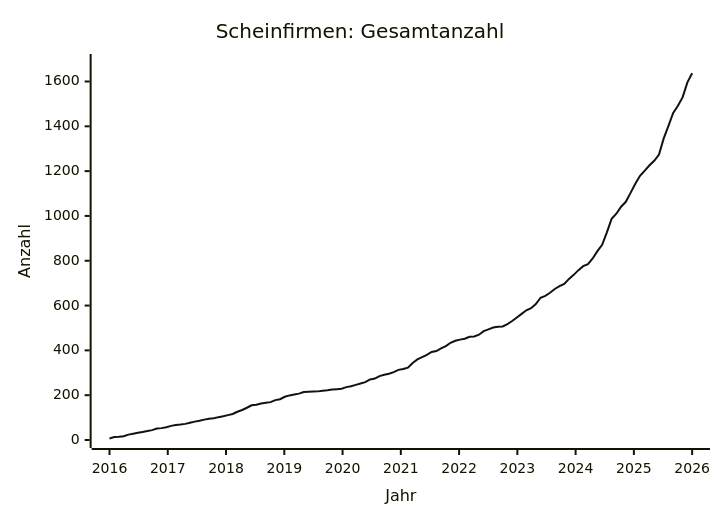
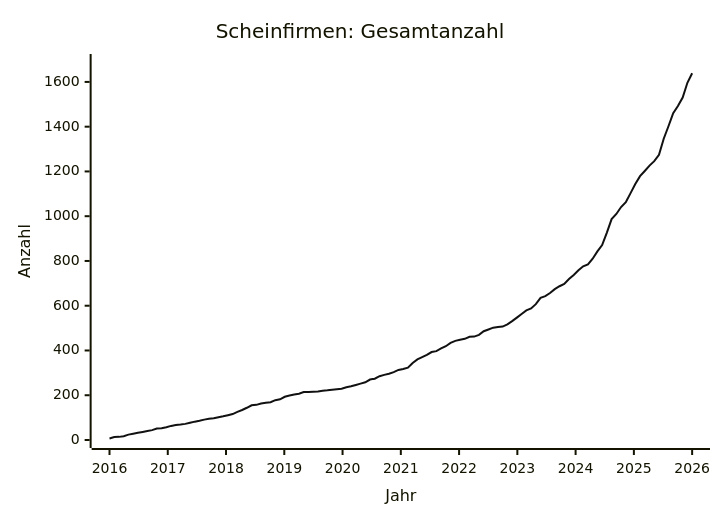
One commit to arjoma/scheinfirmen-at changed the diagram in data/STATS.md. Above: the diagram before and after it, drawn with Mermaid. The commit also changed other lines of this file and 3 other files, not shown here.

````diff
--- a/data/STATS.md
+++ b/data/STATS.md
@@ -9,13 +9,13 @@
 ```mermaid
 ---
 config:
   themeVariables:
     xyChart:
       plotColorPalette: "#111111"
 ---
 xychart-beta
     title "Scheinfirmen: Gesamtanzahl"
     x-axis "Jahr" 2016 --> 2026
-    y-axis "Anzahl" 0 --> 1687
-    line [7, 13, 14, 17, 24, 28, 32, 36, 40, 44, 51, 53, 57, 63, 67, 69, 72, 77, 82, 86, 91, 95, 97, 102, 106, 111, 116, 126, 134, 144, 155, 157, 163, 166, 169, 178, 182, 193, 199, 203, 207, 214, 215, 216, 217, 220, 222, 225, 227, 229, 236, 240, 246, 252, 258, 270, 274, 285, 291, 296, 303, 313, 317, 323, 344, 360, 370, 380, 393, 397, 409, 419, 434, 443, 448, 452, 461, 462, 470, 486, 494, 502, 505, 507, 517, 531, 547, 563, 579, 588, 607, 635, 643, 657, 674, 687, 697, 719, 737, 758, 776, 785, 810, 843, 871, 927, 987, 1010, 1041, 1063, 1103, 1144, 1179, 1202, 1226, 1246, 1274, 1346, 1402, 1460, 1492, 1530, 1596, 1637]
+    y-axis "Anzahl" 0 --> 1689
+    line [7, 13, 14, 17, 24, 28, 32, 36, 40, 44, 51, 53, 57, 63, 67, 69, 72, 77, 82, 86, 91, 95, 97, 102, 106, 111, 116, 126, 134, 144, 155, 157, 163, 166, 169, 178, 182, 193, 199, 203, 207, 214, 215, 216, 217, 220, 222, 225, 227, 229, 236, 240, 246, 252, 258, 270, 274, 285, 291, 296, 303, 313, 317, 323, 344, 360, 370, 380, 393, 397, 409, 419, 434, 443, 448, 452, 461, 462, 470, 486, 494, 502, 505, 507, 517, 531, 547, 563, 579, 588, 607, 635, 643, 657, 674, 687, 697, 719, 737, 758, 776, 785, 810, 843, 871, 927, 987, 1010, 1041, 1063, 1103, 1144, 1179, 1202, 1226, 1246, 1274, 1346, 1402, 1460, 1492, 1530, 1596, 1639]
 ```
````
